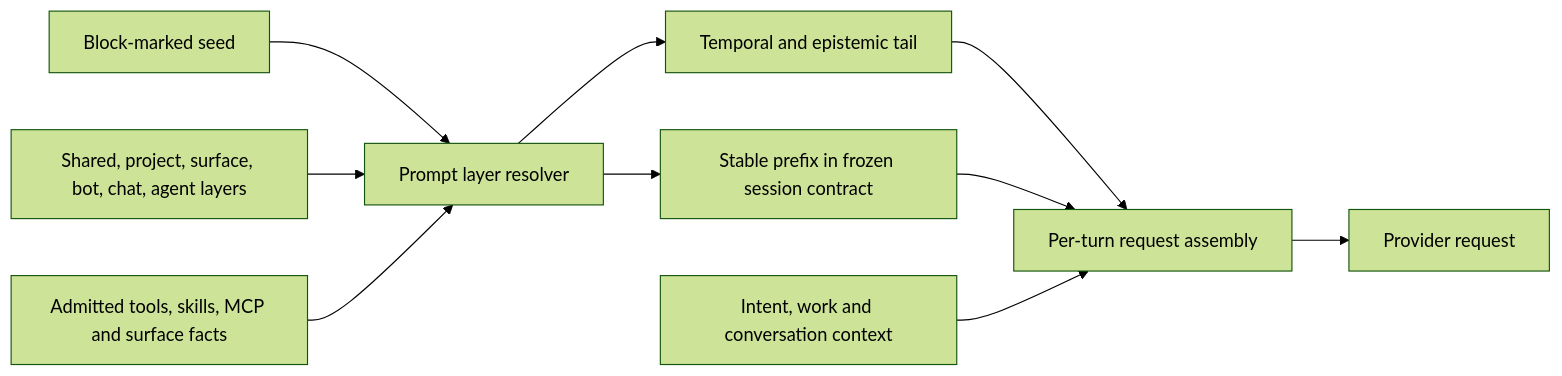
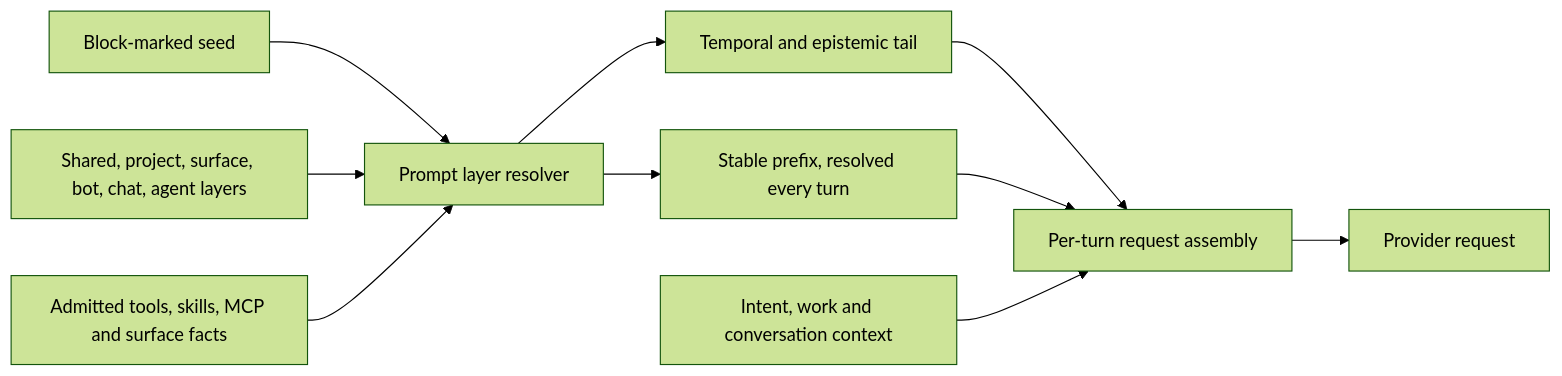
One commit to nranjan2code/code changed the diagram in docs/design/07-prompt.md. Above: the diagram before and after it, drawn with Mermaid (forest theme). The commit also changed other lines of this file and 3 other files, not shown here.

First line of the commit message:
Describe prompts as resolved per turn, not frozen per session

````diff
--- a/docs/design/07-prompt.md
+++ b/docs/design/07-prompt.md
@@ -13,12 +13,12 @@
 ```mermaid
 flowchart LR
     A[Block-marked seed] --> D[Prompt layer resolver]
     B[Shared, project, surface, bot, chat, agent layers] --> D
     C[Admitted tools, skills, MCP and surface facts] --> D
-    D --> E[Stable prefix in frozen session contract]
+    D --> E[Stable prefix, resolved every turn]
     D --> F[Temporal and epistemic tail]
     F --> G[Per-turn request assembly]
     E --> G
     H[Intent, work and conversation context] --> G
     G --> I[Provider request]
 ```
````
